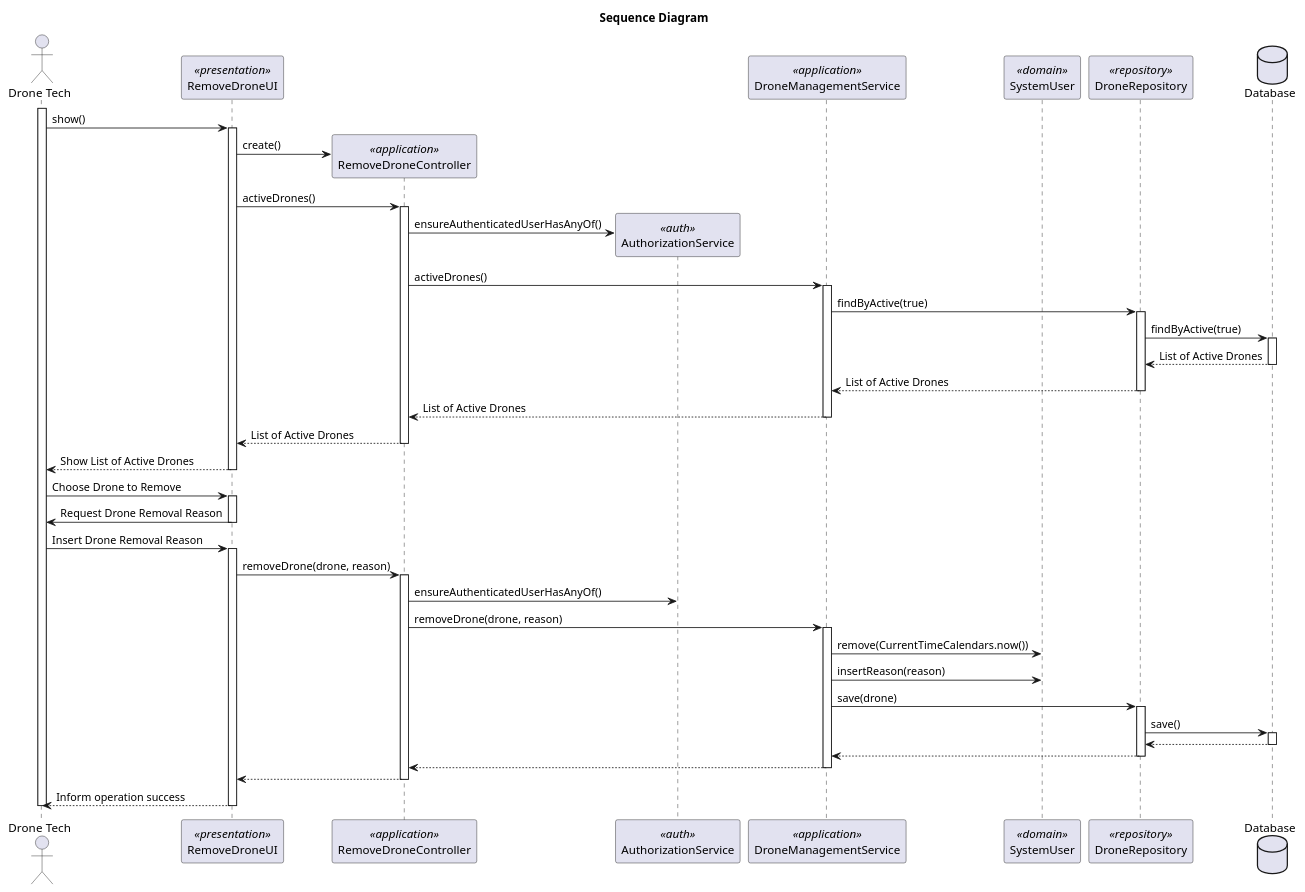
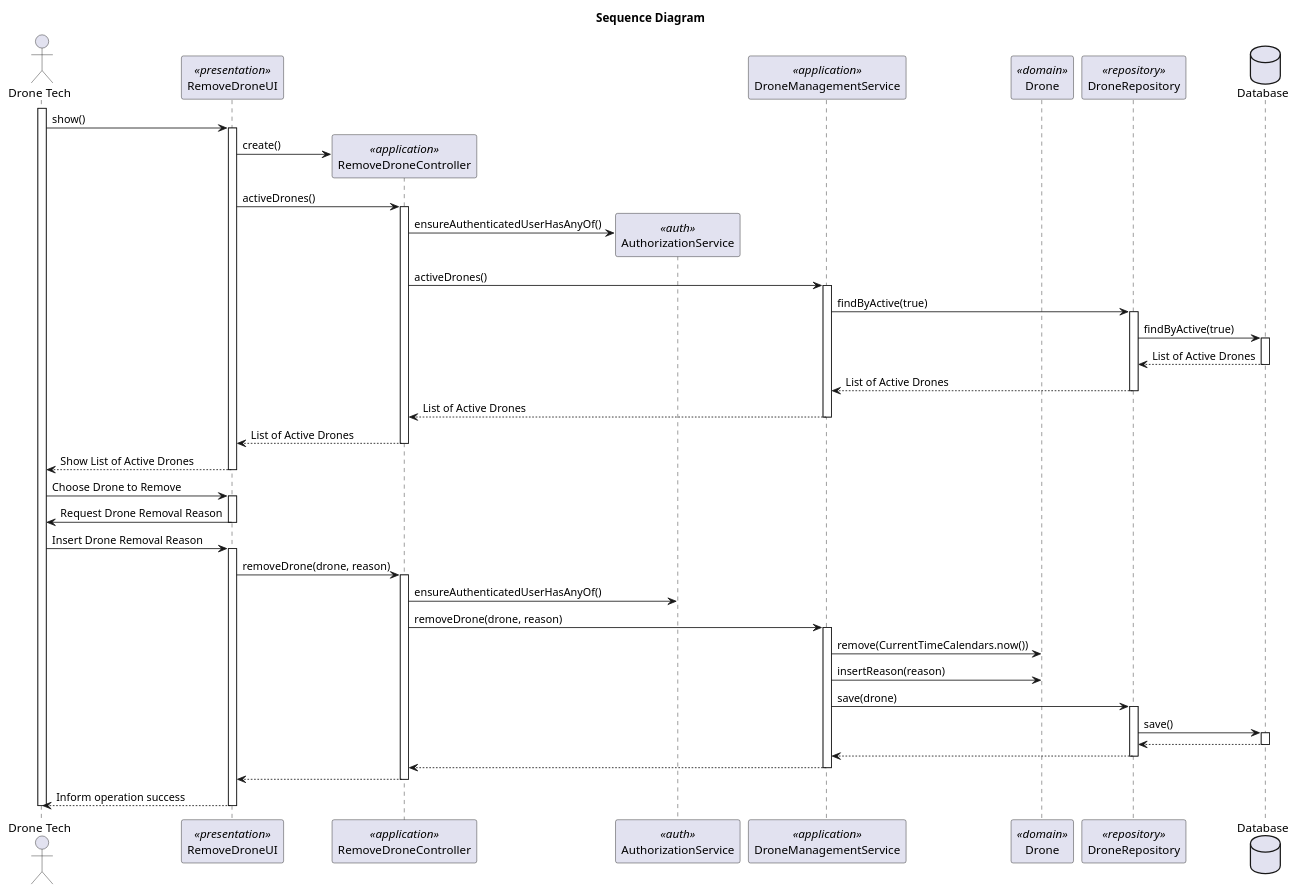
The diagram in docs/Sprint2/us_242/diagrams/sequence-diagram-US242.puml (rubenFreitas1/ISEP-LAPR4-2024-2025), drawn with PlantUML before and after one commit. The commit also changed 8 other files, not shown here.

```diff
--- a/docs/Sprint2/us_242/diagrams/sequence-diagram-US242.puml
+++ b/docs/Sprint2/us_242/diagrams/sequence-diagram-US242.puml
@@ -1,92 +1,92 @@
 @startuml
 title Sequence Diagram
 
 actor "Drone Tech" as Actor
 participant "RemoveDroneUI" as UI <<presentation>>
 participant "RemoveDroneController" as Controller <<application>>
 participant "AuthorizationService" as AuthorizationService <<auth>>
 participant "DroneManagementService" as DroneManagementService <<application>>
-participant "SystemUser" as SystemUser <<domain>>
+participant "Drone" as Drone <<domain>>
 participant "DroneRepository" as DroneRepository <<repository>>
 database "Database" as Database
 
 activate Actor
 
 Actor -> UI: show()
     activate UI
 
 UI -> Controller** : create()
 
 UI -> Controller: activeDrones()
     activate Controller
 
         Controller -> AuthorizationService** : ensureAuthenticatedUserHasAnyOf()
 
         Controller -> DroneManagementService: activeDrones()
             activate DroneManagementService
 
                 DroneManagementService -> DroneRepository: findByActive(true)
                     activate DroneRepository
 
                         DroneRepository -> Database:  findByActive(true)
                             activate Database
 
                                 Database --> DroneRepository: List of Active Drones
                             deactivate Database
                         DroneRepository --> DroneManagementService: List of Active Drones
                     deactivate DroneRepository
 
 
                 DroneManagementService --> Controller: List of Active Drones
             deactivate DroneManagementService
 
         Controller --> UI: List of Active Drones
     deactivate Controller
 
 UI --> Actor: Show List of Active Drones
 deactivate UI
 
 Actor -> UI: Choose Drone to Remove
 
 
     activate UI
 
         UI -> Actor: Request Drone Removal Reason
         deactivate UI
         Actor -> UI: Insert Drone Removal Reason
         activate UI
 
         UI -> Controller : removeDrone(drone, reason)
             activate Controller
 
                 Controller -> AuthorizationService : ensureAuthenticatedUserHasAnyOf()
 
                 Controller -> DroneManagementService : removeDrone(drone, reason)
                 activate DroneManagementService
 
-                    DroneManagementService -> SystemUser: remove(CurrentTimeCalendars.now())
-                    DroneManagementService -> SystemUser: insertReason(reason)
+                    DroneManagementService -> Drone: remove(CurrentTimeCalendars.now())
+                    DroneManagementService -> Drone: insertReason(reason)
 
                     DroneManagementService -> DroneRepository : save(drone)
 
                     activate DroneRepository
 
                              DroneRepository -> Database : save()
                              activate Database
 
                                 Database --> DroneRepository
                              deactivate Database
 
                              DroneRepository --> DroneManagementService
                     deactivate DroneRepository
 
                     DroneManagementService --> Controller
                 deactivate DroneManagementService
 
                 Controller --> UI
             deactivate Controller
         UI --> Actor : Inform operation success
         deactivate UI
 deactivate Actor
 
 @enduml
```
